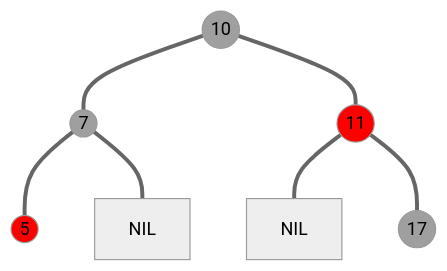
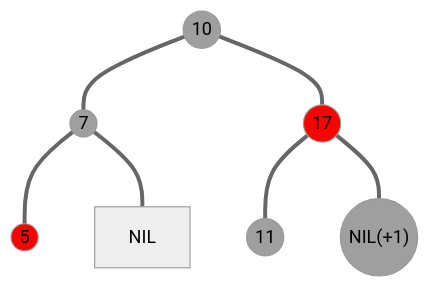
One commit to WintermelonC/WintermelonC_Docs changed the second of 2 diagrams in docs/zju/compulsory_courses/ADS/ch2.md. Above: the diagram before and after it, drawn with Mermaid (neutral theme). The commit also changed other lines of this file, not shown here.

````diff
--- a/docs/zju/compulsory_courses/ADS/ch2.md
+++ b/docs/zju/compulsory_courses/ADS/ch2.md
@@ -243,19 +241,21 @@
         ```mermaid
         graph TD;
         a((10))
         b((7))
-        c((11))
+        c((17))
         d((5))
-        e((17))
+        e((11))
+        h(("NIL(+1)"))
         a === b
         a === c
         b === d
         b === f[NIL]
-        c === g[NIL]
         c === e
+        c === h
         style a fill: #9f9f9f
         style b fill: #9f9f9f
         style e fill: #9f9f9f
         style c fill: #fe0000
         style d fill: #fe0000
+        style h fill: #9f9f9f
         ```
````
